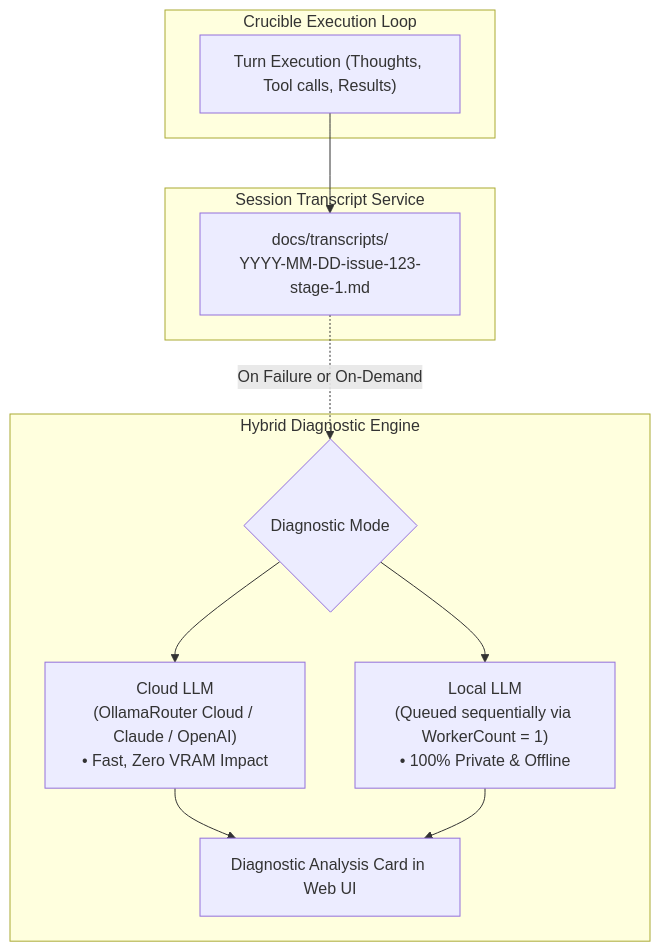
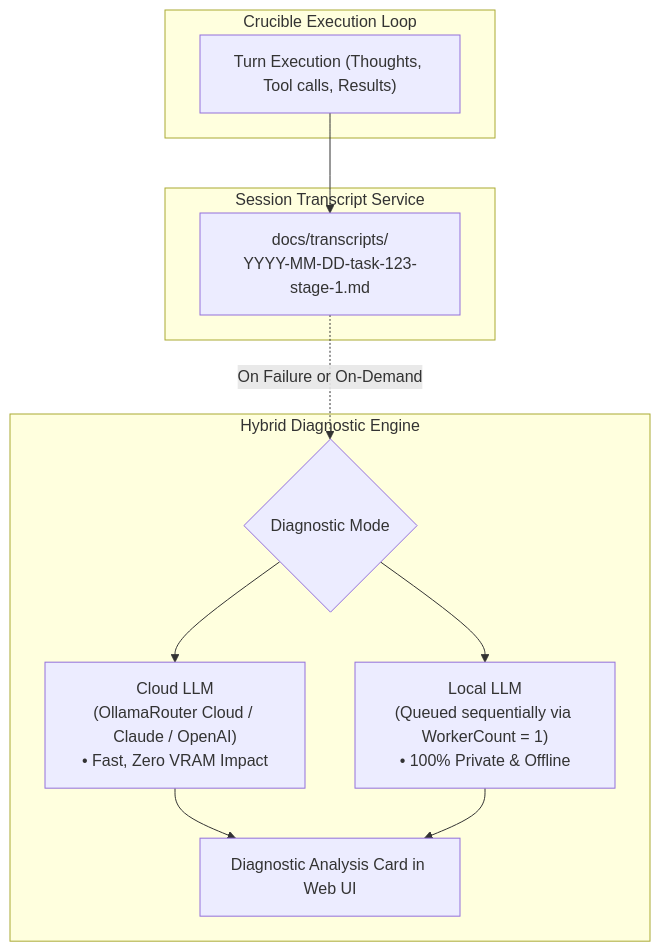
The seventh of 8 diagrams in docs/CRUCIBLE.md (jetelain/NightCodeForge), drawn with Mermaid before and after one commit. The commit also changed other lines of this file and 151 other files, not shown here.

Commit message:
Issue -> Task

````diff
--- a/docs/CRUCIBLE.md
+++ b/docs/CRUCIBLE.md
@@ -696,24 +696,24 @@
 ```mermaid
 flowchart TD
     subgraph CrucibleExecution ["Crucible Execution Loop"]
         Turn["Turn Execution (Thoughts, Tool calls, Results)"]
     end
 
     subgraph TranscriptStorage ["Session Transcript Service"]
-        DiskMD["docs/transcripts/\nYYYY-MM-DD-issue-123-stage-1.md"]
+        DiskMD["docs/transcripts/\nYYYY-MM-DD-task-123-stage-1.md"]
     end
 
     subgraph Diagnostics ["Hybrid Diagnostic Engine"]
         Choice{"Diagnostic Mode"}
         CloudDiag["Cloud LLM\n(OllamaRouter Cloud / Claude / OpenAI)\n• Fast, Zero VRAM Impact"]
         LocalDiag["Local LLM\n(Queued sequentially via WorkerCount = 1)\n• 100% Private & Offline"]
         Report["Diagnostic Analysis Card in Web UI"]
     end
 
     Turn --> DiskMD
     DiskMD -.->|On Failure or On-Demand| Choice
     Choice --> CloudDiag
     Choice --> LocalDiag
     CloudDiag --> Report
     LocalDiag --> Report
 ```
````
